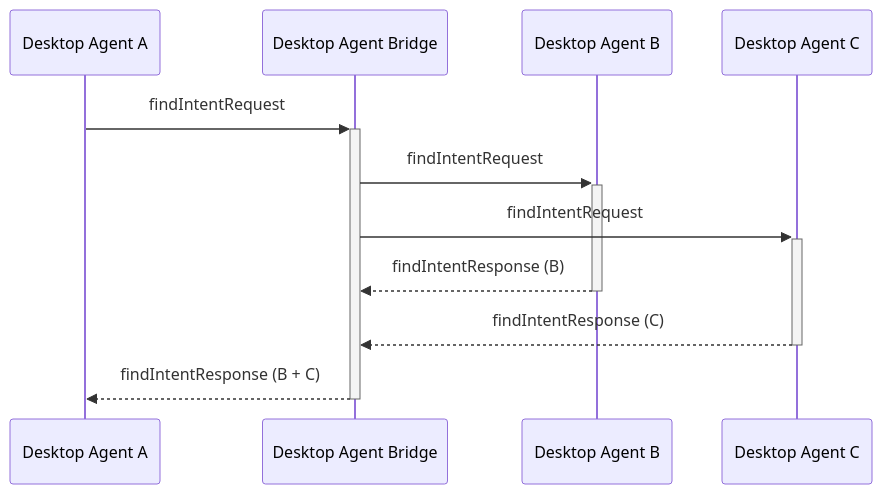
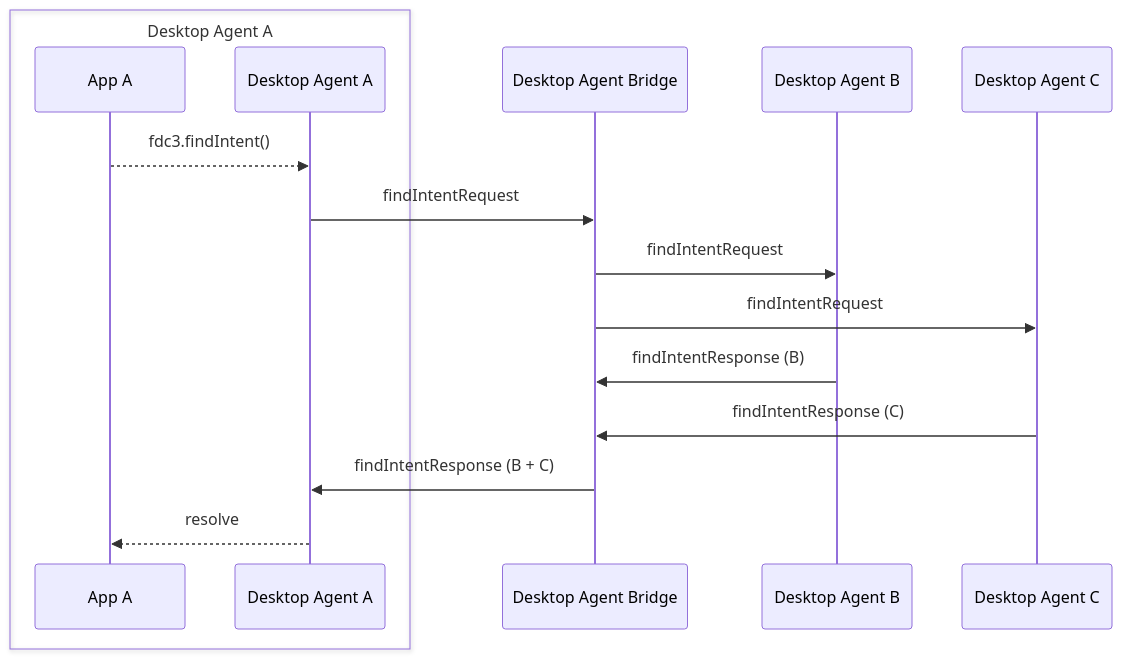
One commit to InteropIO/FDC3 changed the diagram in docs/agent-bridging/ref/findIntent.md. Above: the diagram before and after it, drawn with Mermaid. The commit also changed 12 other files, not shown here.

Commit message:
Add the app to each reference page mermaid diagram to clarify how message exchanges work

````diff
--- a/docs/agent-bridging/ref/findIntent.md
+++ b/docs/agent-bridging/ref/findIntent.md
@@ -21,13 +21,18 @@
 ```mermaid
 sequenceDiagram
+    box Desktop Agent A 
+    participant AA as App A
     participant DA as Desktop Agent A
+    end
     participant DAB as Desktop Agent Bridge
     participant DB as Desktop Agent B
     participant DC as Desktop Agent C
-    DA ->>+ DAB: findIntentRequest
-    DAB ->>+ DB: findIntentRequest
-    DAB ->>+ DC: findIntentRequest
-    DB -->>- DAB: findIntentResponse (B)
-    DC -->>- DAB: findIntentResponse (C)
-    DAB -->>- DA: findIntentResponse (B + C)
+    AA -->> DA: fdc3.findIntent()
+    DA ->> DAB: findIntentRequest
+    DAB ->> DB: findIntentRequest
+    DAB ->> DC: findIntentRequest
+    DB ->> DAB: findIntentResponse (B)
+    DC ->> DAB: findIntentResponse (C)
+    DAB ->> DA: findIntentResponse (B + C)
+    DA -->> AA: resolve
 ```
````
